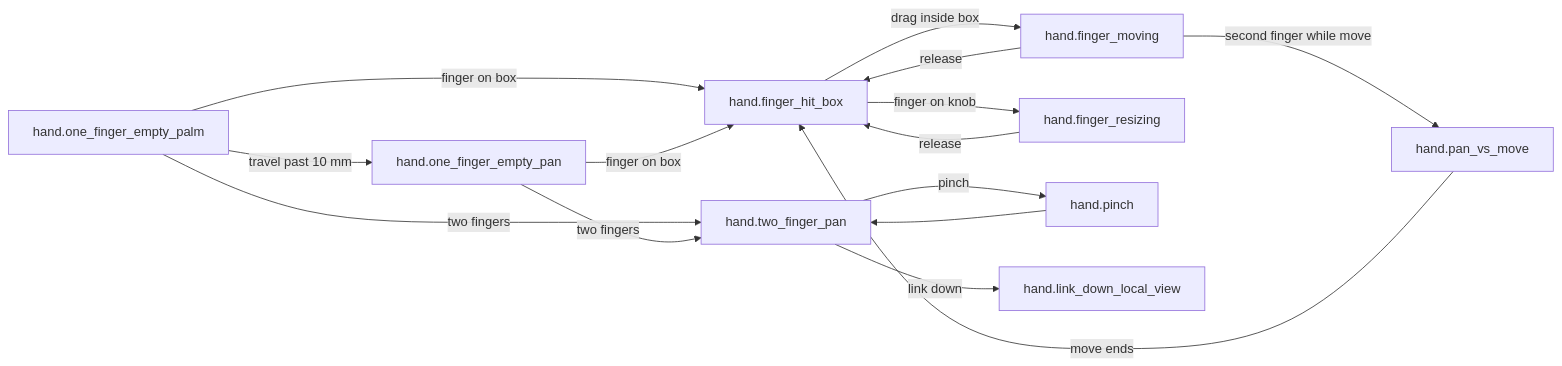
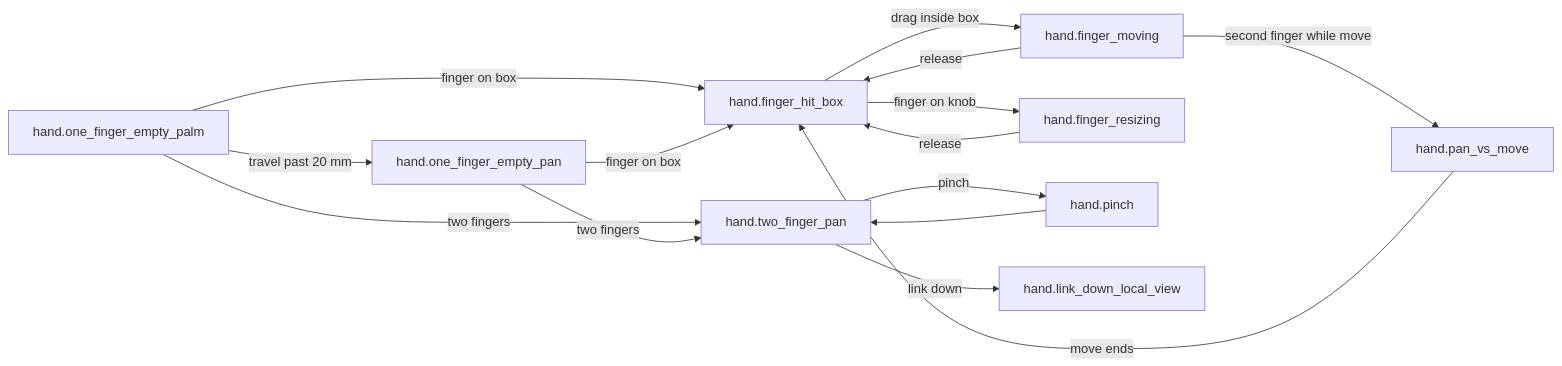
Before and after one commit to hoaidv/reawa: the diagram in .plan/iter-005/design/hand-touch/ui-spec.md, drawn with Mermaid. The commit also changed other lines of this file and 36 other files, not shown here.

````diff
--- a/.plan/iter-005/design/hand-touch/ui-spec.md
+++ b/.plan/iter-005/design/hand-touch/ui-spec.md
@@ -78,17 +78,17 @@
 ```mermaid
 flowchart LR
   palm[hand.one_finger_empty_palm] -->|finger on box| hit[hand.finger_hit_box]
-  palm -->|travel past 10 mm| emptyPan[hand.one_finger_empty_pan]
+  palm -->|travel past 20 mm| emptyPan[hand.one_finger_empty_pan]
   palm -->|two fingers| pan[hand.two_finger_pan]
   emptyPan -->|finger on box| hit
   emptyPan -->|two fingers| pan
   hit -->|drag inside box| move[hand.finger_moving]
   hit -->|finger on knob| resize[hand.finger_resizing]
   move -->|second finger while move| conflict[hand.pan_vs_move]
   move -->|release| hit
   pan -->|pinch| pinch[hand.pinch]
   pan -->|link down| link[hand.link_down_local_view]
   pinch --> pan
   conflict -->|move ends| hit
   resize -->|release| hit
 ```
````
